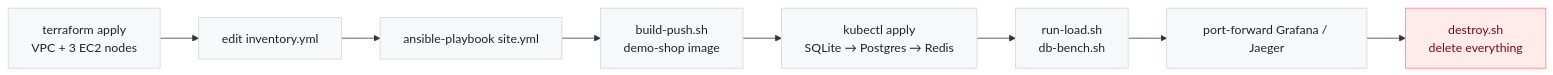
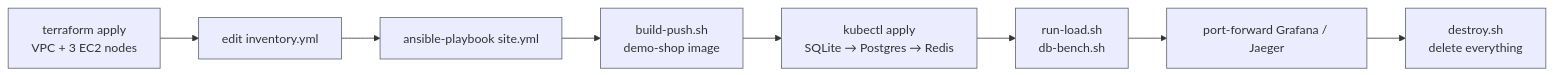
The eighth of 8 diagrams in README.md (Ansh-dhanani/Distributed-system-load-analysis), drawn with Mermaid before and after one commit. The commit also changed other lines of this file, not shown here.

First line of the commit message:
docs: restore previous mermaid styling, darken node borders

````diff
--- a/README.md
+++ b/README.md
@@ -279,14 +256,11 @@
 ```mermaid
 flowchart LR
     TF["terraform apply<br/>VPC + 3 EC2 nodes"] --> INV["edit inventory.yml"]
     INV --> ANS["ansible-playbook site.yml"]
     ANS --> IMG["build-push.sh<br/>demo-shop image"]
     IMG --> DEP["kubectl apply<br/>SQLite → Postgres → Redis"]
     DEP --> LOAD["run-load.sh<br/>db-bench.sh"]
     LOAD --> OBS["port-forward Grafana / Jaeger"]
     OBS --> DEST["destroy.sh<br/>delete everything"]
-
-    classDef default fill:#f6f8fa,stroke:#d0d7de,color:#1f2328;
-    classDef bad fill:#ffebe9,stroke:#ff8182,color:#82071e;
-    class DEST bad;
+    classDef default stroke:#57606a;
 ```
````
